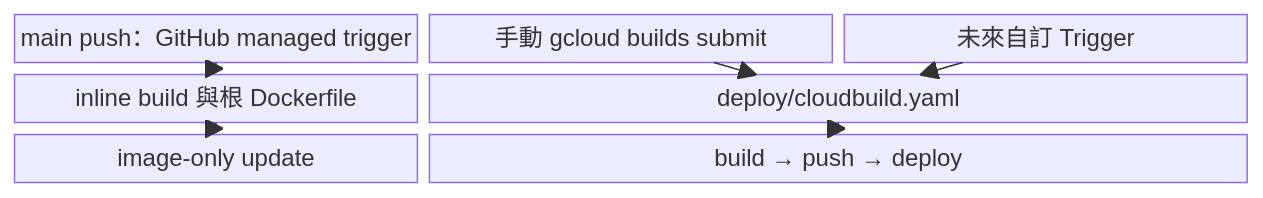
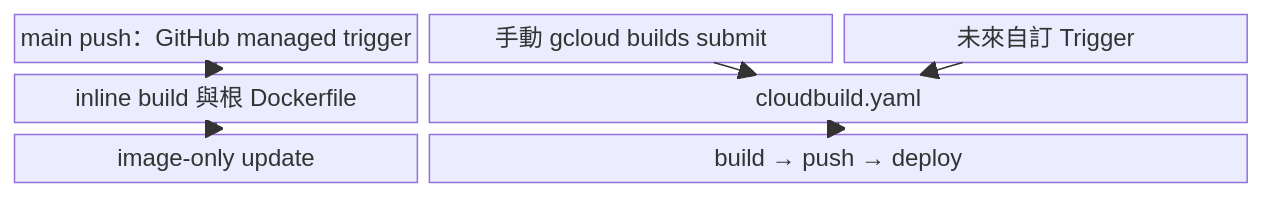
The third of 19 diagrams in docs/operations/cloud-run.md (963sup/line-mini-app-bot), drawn with Mermaid before and after one commit. The commit also changed other lines of this file and 22 other files, not shown here.

````diff
--- a/docs/operations/cloud-run.md
+++ b/docs/operations/cloud-run.md
@@ -30,12 +36,12 @@
 ```mermaid
 block-beta
   columns 3
   M["main push：GitHub managed trigger"] H["手動 gcloud builds submit"] C["未來自訂 Trigger"]
-  I["inline build 與根 Dockerfile"] Y["deploy/cloudbuild.yaml"]:2
+  I["inline build 與根 Dockerfile"] Y["cloudbuild.yaml"]:2
   G["image-only update"] D["build → push → deploy"]:2
   M --> I
   H --> Y
   C --> Y
   I --> G
   Y --> D
 ```
````
